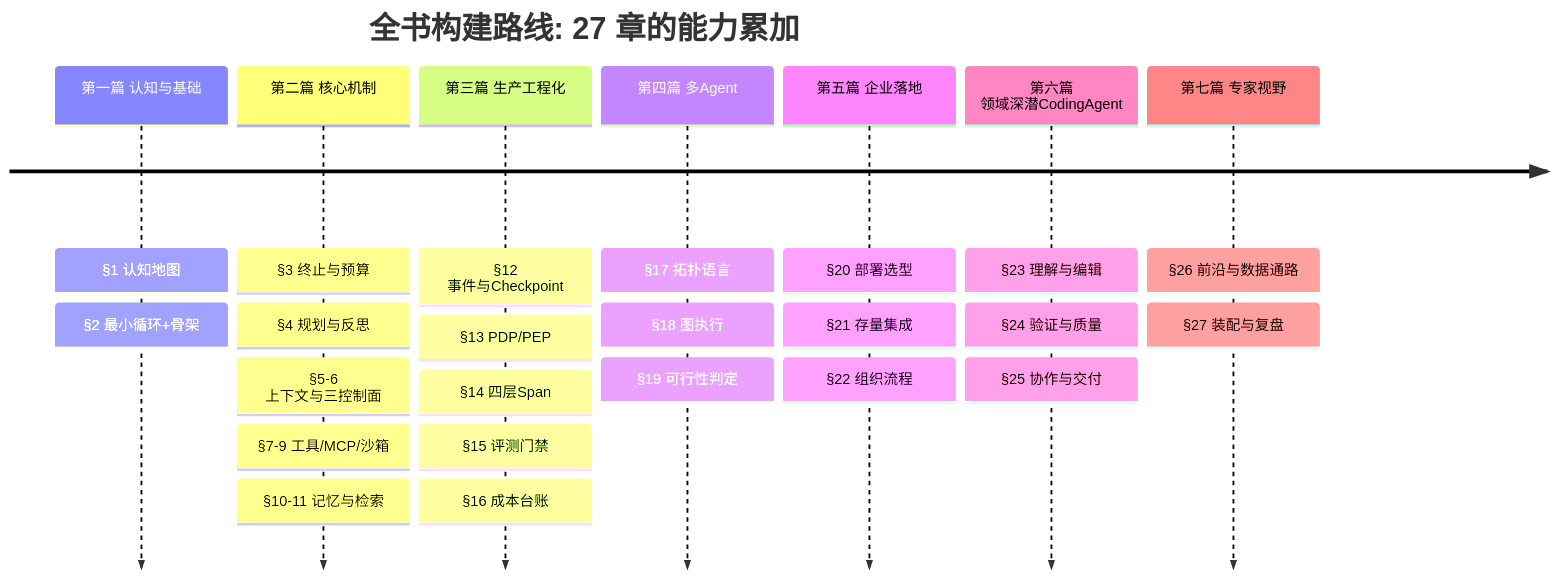
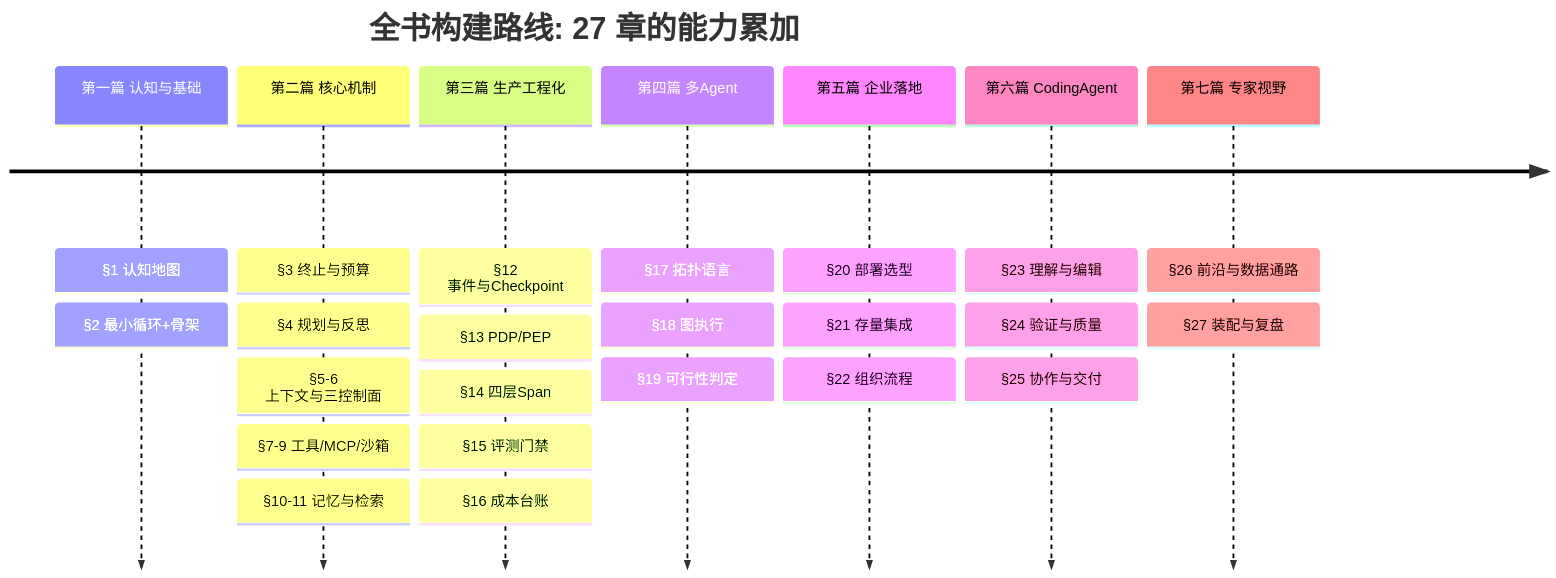
Before and after one commit to cdavid817/agent-book: the third of 3 diagrams in 第七篇-专家视野/第27章-完整实战收尾.md, drawn with Mermaid. The commit also changed 8 other files, not shown here.

First line of the commit message:
docs: 第六篇篇名去掉'领域深潜'，改为'Coding Agent'

````diff
--- a/第七篇-专家视野/第27章-完整实战收尾.md
+++ b/第七篇-专家视野/第27章-完整实战收尾.md
@@ -94,11 +94,11 @@
 ```mermaid
 timeline
     title 全书构建路线: 27 章的能力累加
     第一篇 认知与基础 : §1 认知地图 : §2 最小循环+骨架
     第二篇 核心机制 : §3 终止与预算 : §4 规划与反思 : §5-6 上下文与三控制面 : §7-9 工具/MCP/沙箱 : §10-11 记忆与检索
     第三篇 生产工程化 : §12 事件与Checkpoint : §13 PDP/PEP : §14 四层Span : §15 评测门禁 : §16 成本台账
     第四篇 多Agent : §17 拓扑语言 : §18 图执行 : §19 可行性判定
     第五篇 企业落地 : §20 部署选型 : §21 存量集成 : §22 组织流程
-    第六篇 领域深潜CodingAgent : §23 理解与编辑 : §24 验证与质量 : §25 协作与交付
+    第六篇 CodingAgent : §23 理解与编辑 : §24 验证与质量 : §25 协作与交付
     第七篇 专家视野 : §26 前沿与数据通路 : §27 装配与复盘
 ```
````
